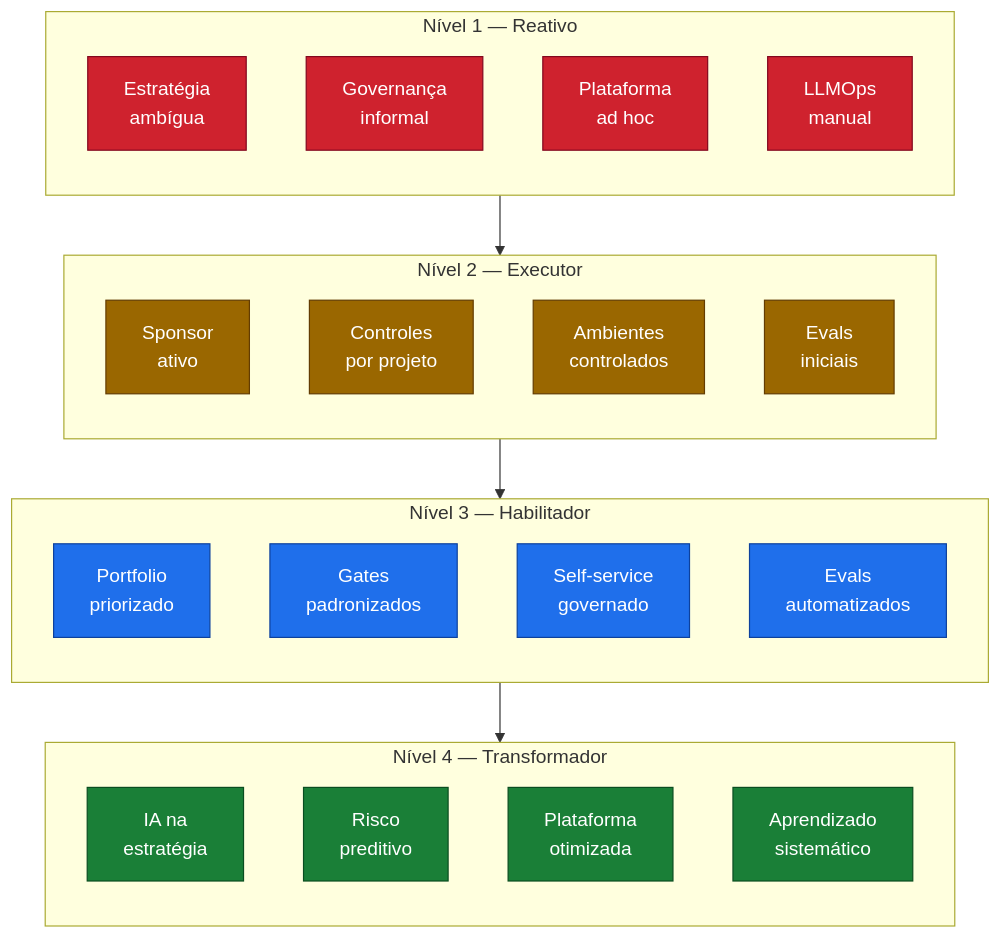
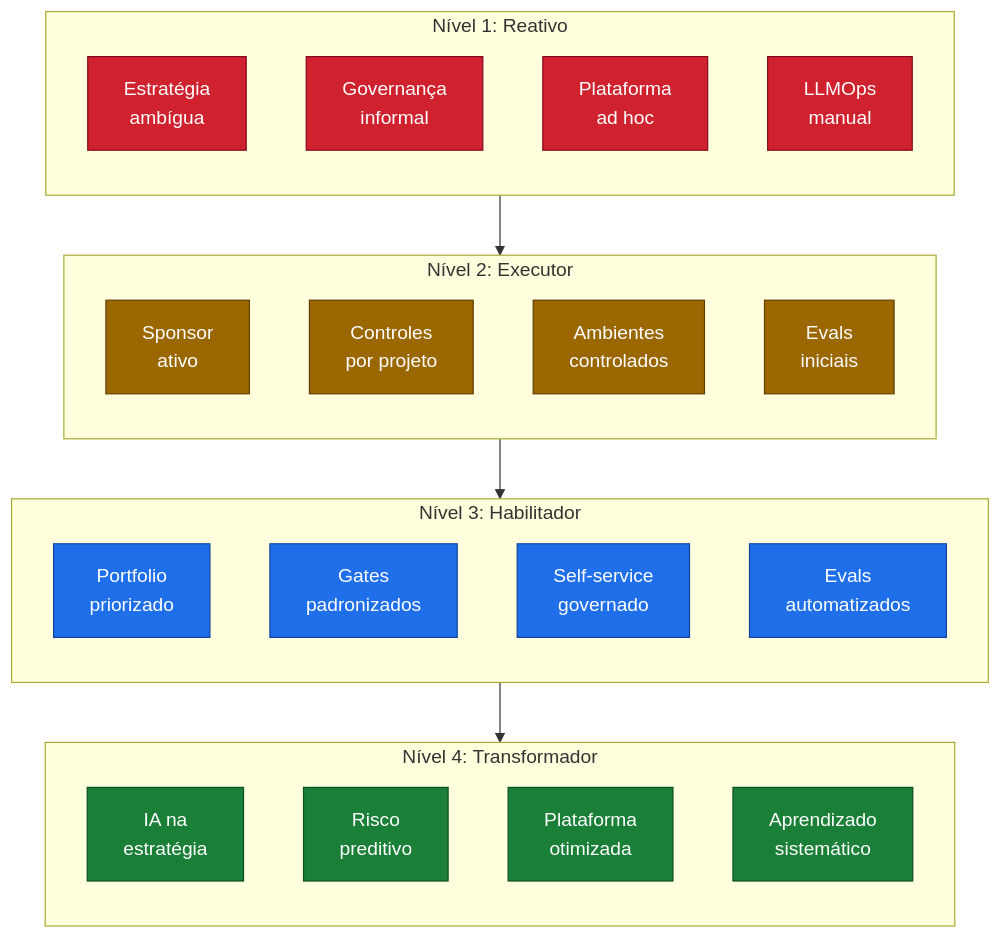
Before and after one commit to EdneiMonteiro/ai-coe-playbook: the second of 3 diagrams in diagramas/03-modelo-maturidade.md, drawn with Mermaid. The commit also changed other lines of this file and 27 other files, not shown here.

````diff
--- a/diagramas/03-modelo-maturidade.md
+++ b/diagramas/03-modelo-maturidade.md
@@ -33,43 +33,43 @@
 ```mermaid
 flowchart TB
     classDef header fill:#24292f,stroke:#0d1117,color:#fff
     classDef dim fill:#f6f8fa,stroke:#57606a,color:#24292f
     classDef n1 fill:#cf222e,stroke:#82071e,color:#fff
     classDef n2 fill:#9a6700,stroke:#633c01,color:#fff
     classDef n3 fill:#1f6feb,stroke:#0d419d,color:#fff
     classDef n4 fill:#1a7f37,stroke:#0a4d20,color:#fff
 
-    subgraph N1g["Nível 1 — Reativo"]
+    subgraph N1g["Nível 1: Reativo"]
         direction TB
         D1A["Estratégia<br/>ambígua"]:::n1
         D1B["Governança<br/>informal"]:::n1
         D1C["Plataforma<br/>ad hoc"]:::n1
         D1D["LLMOps<br/>manual"]:::n1
     end
 
-    subgraph N2g["Nível 2 — Executor"]
+    subgraph N2g["Nível 2: Executor"]
         direction TB
         D2A["Sponsor<br/>ativo"]:::n2
         D2B["Controles<br/>por projeto"]:::n2
         D2C["Ambientes<br/>controlados"]:::n2
         D2D["Evals<br/>iniciais"]:::n2
     end
 
-    subgraph N3g["Nível 3 — Habilitador"]
+    subgraph N3g["Nível 3: Habilitador"]
         direction TB
         D3A["Portfolio<br/>priorizado"]:::n3
         D3B["Gates<br/>padronizados"]:::n3
         D3C["Self-service<br/>governado"]:::n3
         D3D["Evals<br/>automatizados"]:::n3
     end
 
-    subgraph N4g["Nível 4 — Transformador"]
+    subgraph N4g["Nível 4: Transformador"]
         direction TB
         D4A["IA na<br/>estratégia"]:::n4
         D4B["Risco<br/>preditivo"]:::n4
         D4C["Plataforma<br/>otimizada"]:::n4
         D4D["Aprendizado<br/>sistemático"]:::n4
     end
 
     N1g --> N2g --> N3g --> N4g
 ```
````
